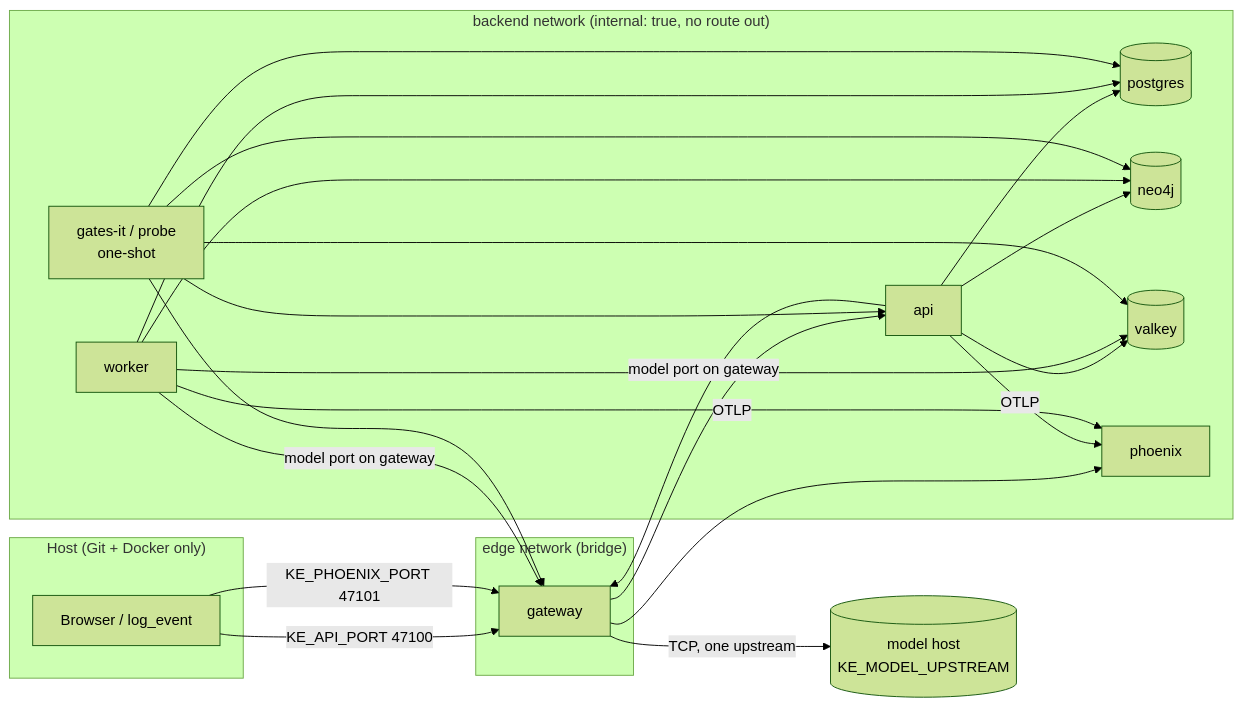
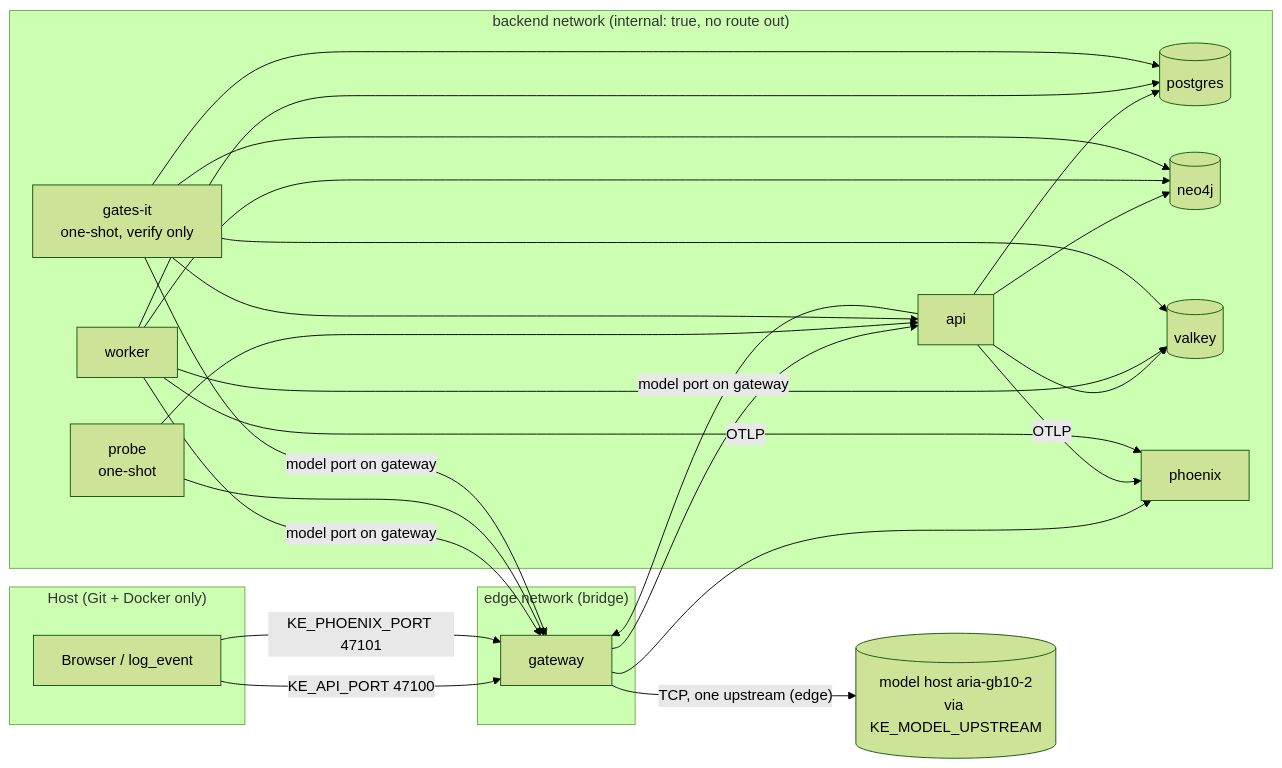
Before and after one commit to humanaxiom/Knowledge-engine: the second of 9 diagrams in docs/architecture.md, drawn with Mermaid (forest theme). The commit also changed other lines of this file and 86 other files, not shown here.

````diff
--- a/docs/architecture.md
+++ b/docs/architecture.md
@@ -97,26 +112,29 @@
 ```mermaid
 flowchart LR
   subgraph host["Host (Git + Docker only)"]
     user[Browser / log_event]
   end
   subgraph edge["edge network (bridge)"]
     gw[gateway]
   end
   subgraph backend["backend network (internal: true, no route out)"]
     api[api]
     wk[worker]
     pg[(postgres)]
     n4[(neo4j)]
     vk[(valkey)]
     ph[phoenix]
-    git[gates-it / probe<br/>one-shot]
+    pr[probe<br/>one-shot]
+    git[gates-it<br/>one-shot, verify only]
   end
-  mh[(model host<br/>KE_MODEL_UPSTREAM)]
+  mh[(model host aria-gb10-2<br/>via KE_MODEL_UPSTREAM)]
   user -- "KE_API_PORT 47100" --> gw
   user -- "KE_PHOENIX_PORT 47101" --> gw
   gw --> api & ph
-  api & wk -- "model port on gateway" --> gw -- "TCP, one upstream" --> mh
+  api & wk -- "model port on gateway" --> gw -- "TCP, one upstream (edge)" --> mh
   api & wk --> pg & n4 & vk
   api & wk -- OTLP --> ph
-  git --> pg & n4 & vk & api & gw
+  pr --> api & gw
+  git --> pg & n4 & vk & api
+  git -- "model port on gateway" --> gw
 ```
````
